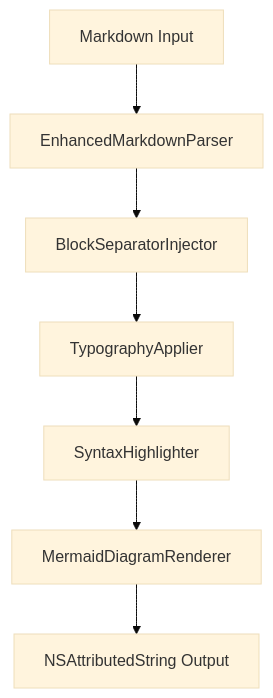
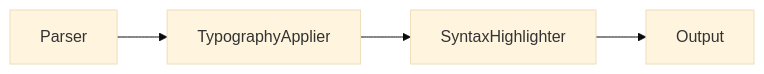
One commit to mekayazilim/md changed the diagram in Tests/VisualFixtures/mermaid.md. Above: the diagram before and after it, drawn with Mermaid (base theme). The commit also changed other lines of this file and 44 other files, not shown here.

````diff
--- a/Tests/VisualFixtures/mermaid.md
+++ b/Tests/VisualFixtures/mermaid.md
@@ -5,9 +5,6 @@
 ```mermaid
-flowchart TD
-    A[Markdown Input] --> B[EnhancedMarkdownParser]
-    B --> C[BlockSeparatorInjector]
-    C --> D[TypographyApplier]
-    D --> E[SyntaxHighlighter]
-    E --> F[MermaidDiagramRenderer]
-    F --> G[NSAttributedString Output]
+flowchart LR
+    A[Parser] --> B[TypographyApplier]
+    B --> C[SyntaxHighlighter]
+    C --> D[Output]
 ```
````
